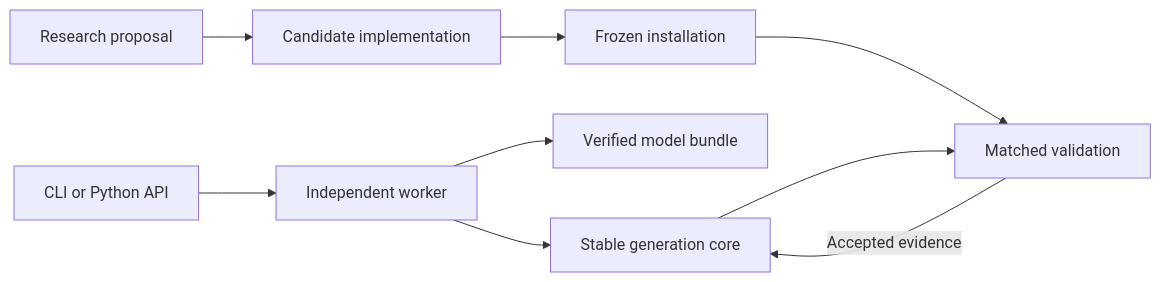
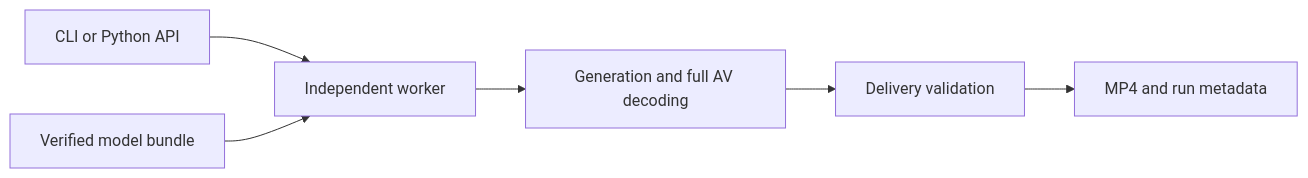
The diagram in docs/architecture.md (RhinoQ/h3-apple), drawn with Mermaid before and after one commit. The commit also changed other lines of this file and 13 other files, not shown here.

````diff
--- a/docs/architecture.md
+++ b/docs/architecture.md
@@ -8,11 +7,8 @@
 ```mermaid
 flowchart LR
     U[CLI or Python API] --> W[Independent worker]
-    W --> C[Stable generation core]
-    W --> M[Verified model bundle]
-    R[Research proposal] --> P[Candidate implementation]
-    P --> F[Frozen installation]
-    F --> V[Matched validation]
-    C --> V
-    V -->|Accepted evidence| C
+    M[Verified model bundle] --> W
+    W --> C[Generation and full AV decoding]
+    C --> V[Delivery validation]
+    V --> O[MP4 and run metadata]
 ```
````
